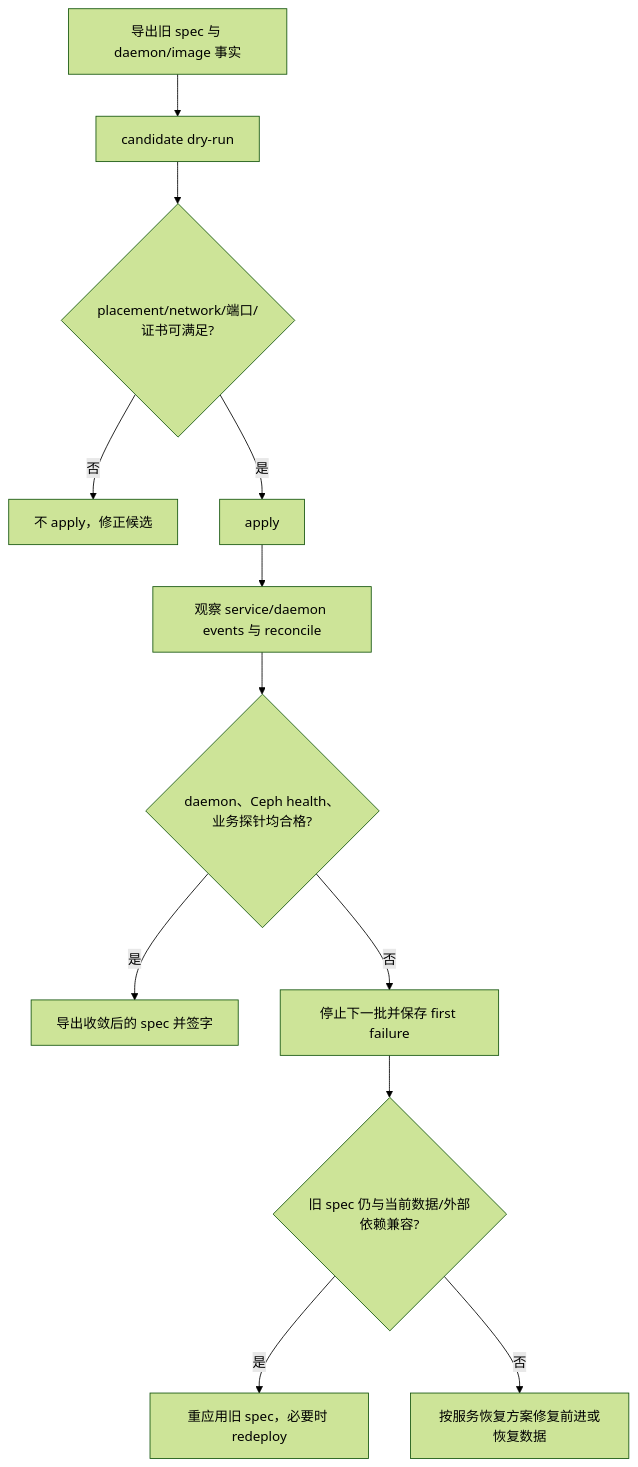
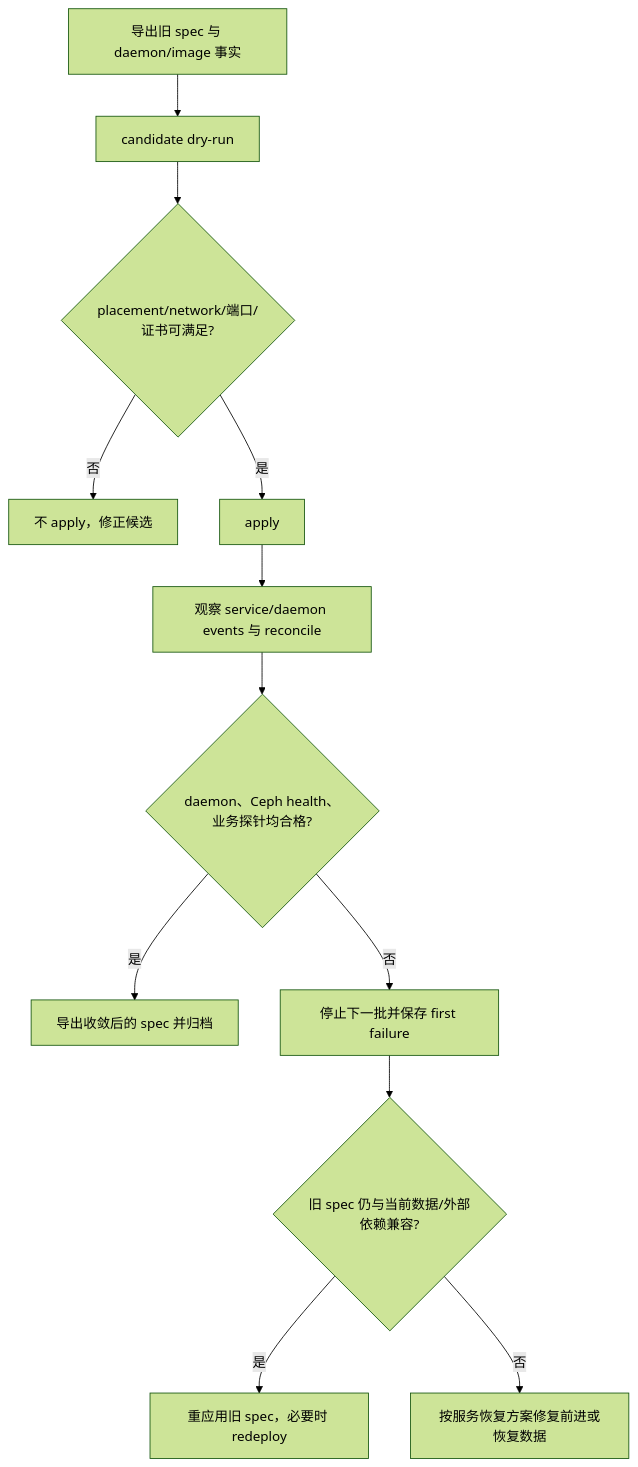
Before and after one commit to brinnatt/kubeauto: diagram 44 of 50 in docs/storage/ceph/02-cephadm.md, drawn with Mermaid (forest theme). The commit also changed other lines of this file and 8 other files, not shown here.

````diff
--- a/docs/storage/ceph/02-cephadm.md
+++ b/docs/storage/ceph/02-cephadm.md
@@ -2747,14 +2747,14 @@
 ```mermaid
 flowchart TD
   B[导出旧 spec 与 daemon/image 事实] --> D[candidate dry-run]
   D --> P{placement/network/端口/证书可满足?}
   P -->|否| X[不 apply，修正候选]
   P -->|是| A[apply]
   A --> R[观察 service/daemon events 与 reconcile]
   R --> H{daemon、Ceph health、业务探针均合格?}
-  H -->|是| S[导出收敛后的 spec 并签字]
+  H -->|是| S[导出收敛后的 spec 并归档]
   H -->|否| T[停止下一批并保存 first failure]
   T --> C{旧 spec 仍与当前数据/外部依赖兼容?}
   C -->|是| O[重应用旧 spec，必要时 redeploy]
   C -->|否| F[按服务恢复方案修复前进或恢复数据]
 ```
````
